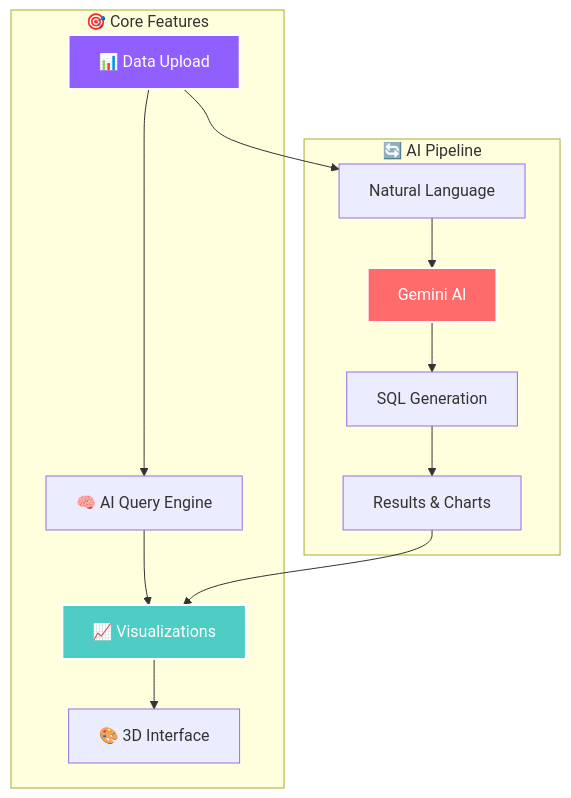
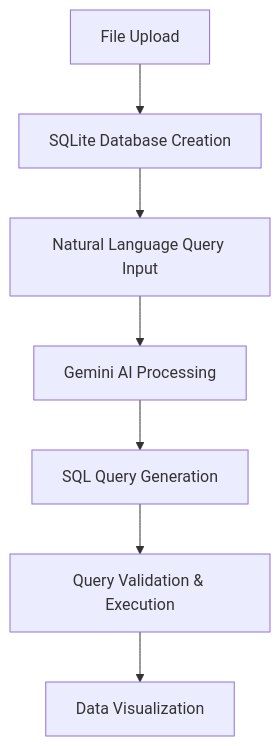
One commit to Akshat21112005/NEUROBASE changed the diagram in README.md. Above: the diagram before and after it, drawn with Mermaid. The commit also changed other lines of this file, not shown here.

````diff
--- a/README.md
+++ b/README.md
@@ -17,21 +18,9 @@
 ```mermaid
 graph TB
-    subgraph "🎯 Core Features"
-        A[📊 Data Upload] --> B[🧠 AI Query Engine]
-        B --> C[📈 Visualizations]
-        C --> D[🎨 3D Interface]
-    end
-    
-    subgraph "🔄 AI Pipeline"
-        E[Natural Language] --> F[Gemini AI]
-        F --> G[SQL Generation]
-        G --> H[Results & Charts]
-    end
-    
-    A --> E
-    H --> C
-    
-    style A fill:#915EFF,stroke:#fff,stroke-width:2px,color:#fff
-    style F fill:#FF6B6B,stroke:#fff,stroke-width:2px,color:#fff
-    style C fill:#4ECDC4,stroke:#fff,stroke-width:2px,color:#fff
+    A[File Upload] --> B[SQLite Database Creation]
+    B --> C[Natural Language Query Input]
+    C --> D[Gemini AI Processing]
+    D --> E[SQL Query Generation]
+    E --> F[Query Validation & Execution]
+    F --> G[Data Visualization]
 ```
````
